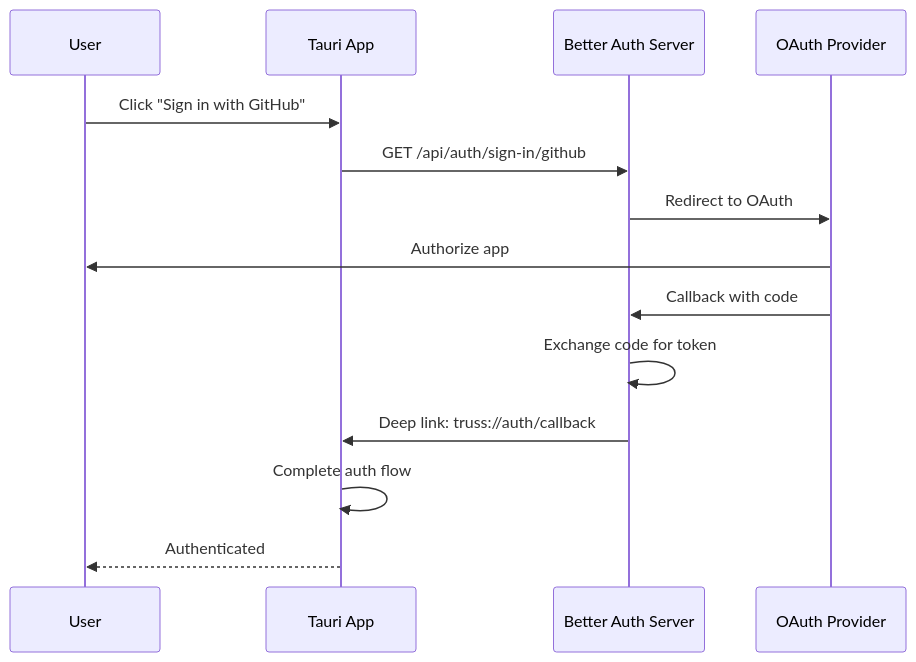
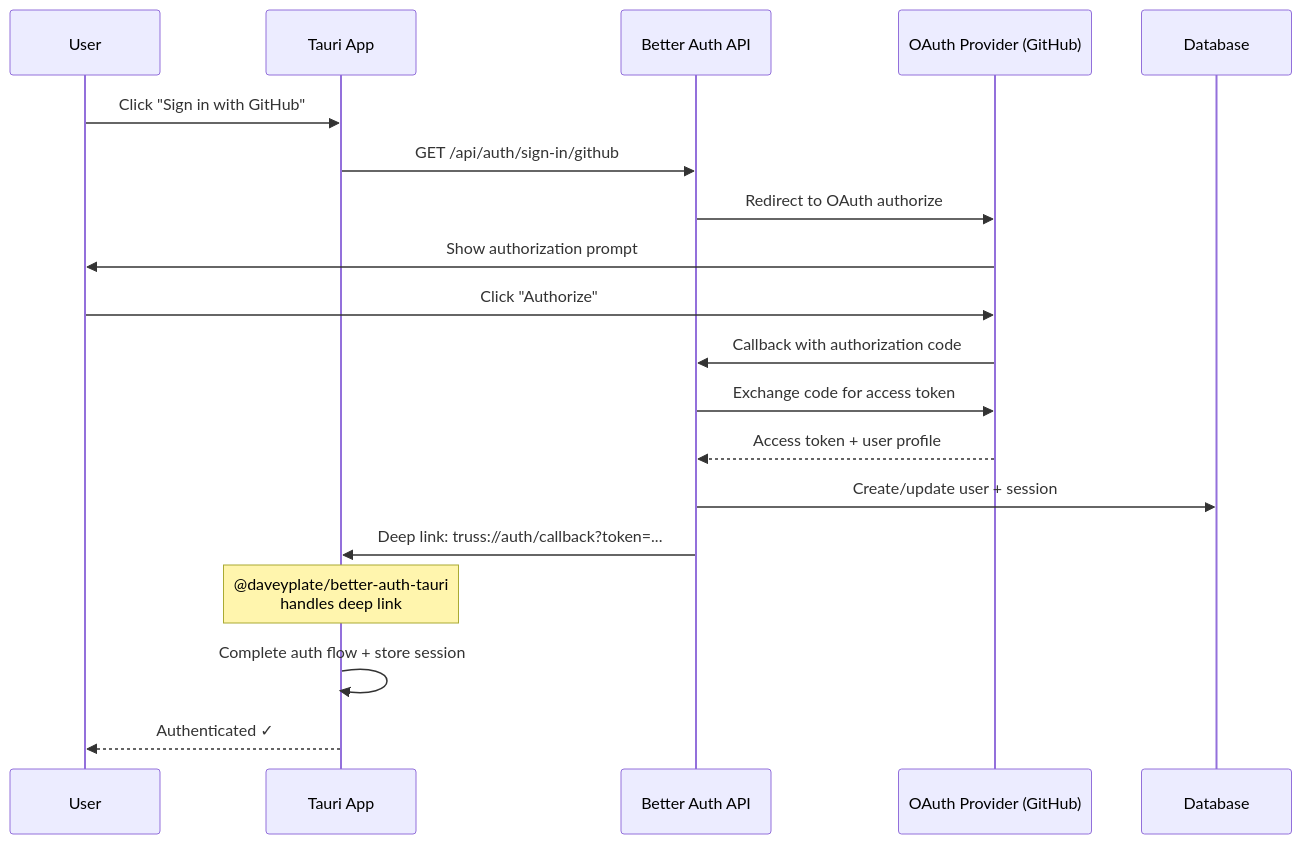
The third of 3 diagrams in .context/AUTHENTICATION.md (forerelic/truss), drawn with Mermaid before and after one commit. The commit also changed other lines of this file and 38 other files, not shown here.

````diff
--- a/.context/AUTHENTICATION.md
+++ b/.context/AUTHENTICATION.md
@@ -149,17 +302,22 @@
 ```mermaid
 sequenceDiagram
     participant U as User
     participant T as Tauri App
-    participant B as Better Auth Server
-    participant O as OAuth Provider
+    participant A as Better Auth API
+    participant O as OAuth Provider (GitHub)
+    participant D as Database
 
     U->>T: Click "Sign in with GitHub"
-    T->>B: GET /api/auth/sign-in/github
-    B->>O: Redirect to OAuth
-    O->>U: Authorize app
-    O->>B: Callback with code
-    B->>B: Exchange code for token
-    B->>T: Deep link: truss://auth/callback
-    T->>T: Complete auth flow
-    T-->>U: Authenticated
+    T->>A: GET /api/auth/sign-in/github
+    A->>O: Redirect to OAuth authorize
+    O->>U: Show authorization prompt
+    U->>O: Click "Authorize"
+    O->>A: Callback with authorization code
+    A->>O: Exchange code for access token
+    O-->>A: Access token + user profile
+    A->>D: Create/update user + session
+    A->>T: Deep link: truss://auth/callback?token=...
+    Note over T: @daveyplate/better-auth-tauri<br/>handles deep link
+    T->>T: Complete auth flow + store session
+    T-->>U: Authenticated ✓
 ```
````
